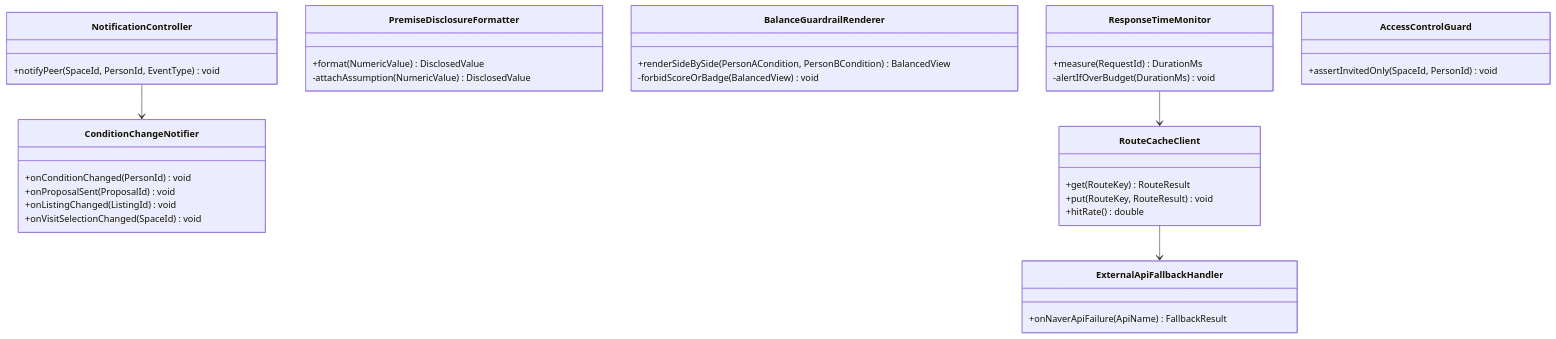
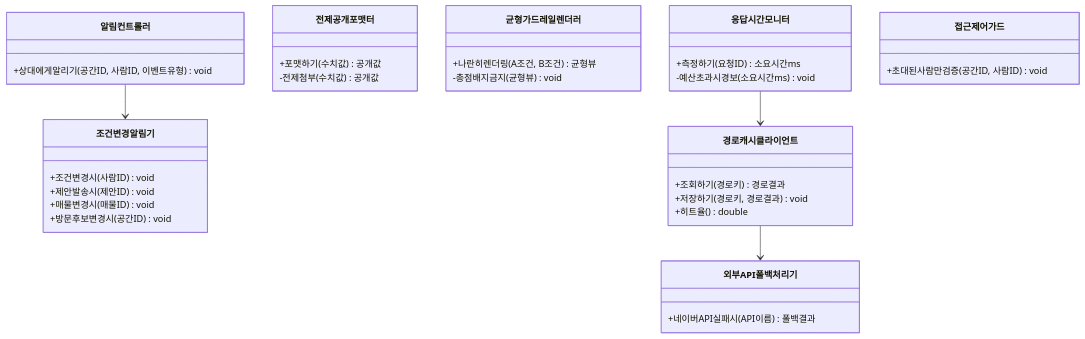
Before and after one commit to soobworks/SRS_project: diagram 14 of 23 in SRS_project/같이보기-technical-design-v1_0.md, drawn with Mermaid. The commit also changed other lines of this file, not shown here.

First line of the commit message:
Translate class/sequence diagram identifiers in TDD §4-5 to Korean

````diff
--- a/SRS_project/같이보기-technical-design-v1_0.md
+++ b/SRS_project/같이보기-technical-design-v1_0.md
@@ -643,39 +643,39 @@
 ```mermaid
 classDiagram
-    class NotificationController {
-        +notifyPeer(SpaceId, PersonId, EventType) void
+    class 알림컨트롤러 {
+        +상대에게알리기(공간ID, 사람ID, 이벤트유형) void
     }
-    class ConditionChangeNotifier {
-        +onConditionChanged(PersonId) void
-        +onProposalSent(ProposalId) void
-        +onListingChanged(ListingId) void
-        +onVisitSelectionChanged(SpaceId) void
+    class 조건변경알림기 {
+        +조건변경시(사람ID) void
+        +제안발송시(제안ID) void
+        +매물변경시(매물ID) void
+        +방문후보변경시(공간ID) void
     }
-    class PremiseDisclosureFormatter {
-        +format(NumericValue) DisclosedValue
-        -attachAssumption(NumericValue) DisclosedValue
+    class 전제공개포맷터 {
+        +포맷하기(수치값) 공개값
+        -전제첨부(수치값) 공개값
     }
-    class BalanceGuardrailRenderer {
-        +renderSideBySide(PersonACondition, PersonBCondition) BalancedView
-        -forbidScoreOrBadge(BalancedView) void
+    class 균형가드레일렌더러 {
+        +나란히렌더링(A조건, B조건) 균형뷰
+        -총점배지금지(균형뷰) void
     }
-    class ResponseTimeMonitor {
-        +measure(RequestId) DurationMs
-        -alertIfOverBudget(DurationMs) void
+    class 응답시간모니터 {
+        +측정하기(요청ID) 소요시간ms
+        -예산초과시경보(소요시간ms) void
     }
-    class RouteCacheClient {
-        +get(RouteKey) RouteResult
-        +put(RouteKey, RouteResult) void
-        +hitRate() double
+    class 경로캐시클라이언트 {
+        +조회하기(경로키) 경로결과
+        +저장하기(경로키, 경로결과) void
+        +히트율() double
     }
-    class ExternalApiFallbackHandler {
-        +onNaverApiFailure(ApiName) FallbackResult
+    class 외부API폴백처리기 {
+        +네이버API실패시(API이름) 폴백결과
     }
-    class AccessControlGuard {
-        +assertInvitedOnly(SpaceId, PersonId) void
+    class 접근제어가드 {
+        +초대된사람만검증(공간ID, 사람ID) void
     }
 
-    NotificationController --> ConditionChangeNotifier
-    ResponseTimeMonitor --> RouteCacheClient
-    RouteCacheClient --> ExternalApiFallbackHandler
+    알림컨트롤러 --> 조건변경알림기
+    응답시간모니터 --> 경로캐시클라이언트
+    경로캐시클라이언트 --> 외부API폴백처리기
 ```
````
